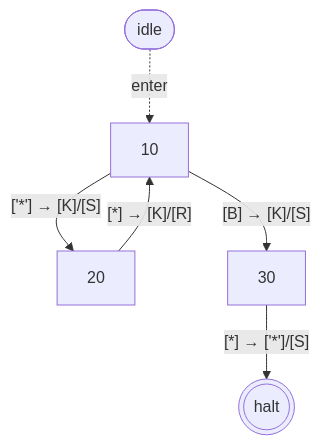
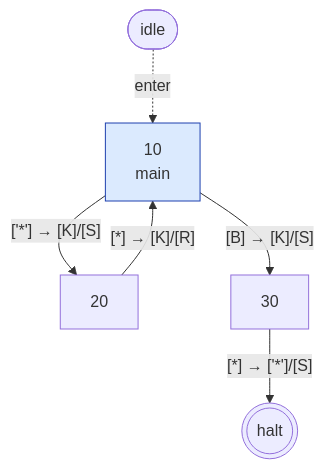
One commit to mellonis/post-machine-js changed the first of 8 diagrams in packages/machine/README.md. Above: the diagram before and after it, drawn with Mermaid. The commit also changed other lines of this file and 11 other files, not shown here.

````diff
--- a/packages/machine/README.md
+++ b/packages/machine/README.md
@@ -62,14 +63,16 @@
 ```mermaid
 flowchart TD
 %% alphabets: [[" ","*"]]
   s0(((halt)))
-  s1["10"]
+  s1["10<br>main"]
   s2["20"]
   s3["30"]
   idle([idle])
   idle -. enter .-> s1
   s1 -- "['*'] → [K]/[S]" --> s2
   s1 -- "[B] → [K]/[S]" --> s3
   s2 -- "[*] → [K]/[R]" --> s1
   s3 -- "[*] → ['*']/[S]" --> s0
+  classDef tag_main fill:#dbeafe,stroke:#1e40af
+  class s1 tag_main
 ```
````
